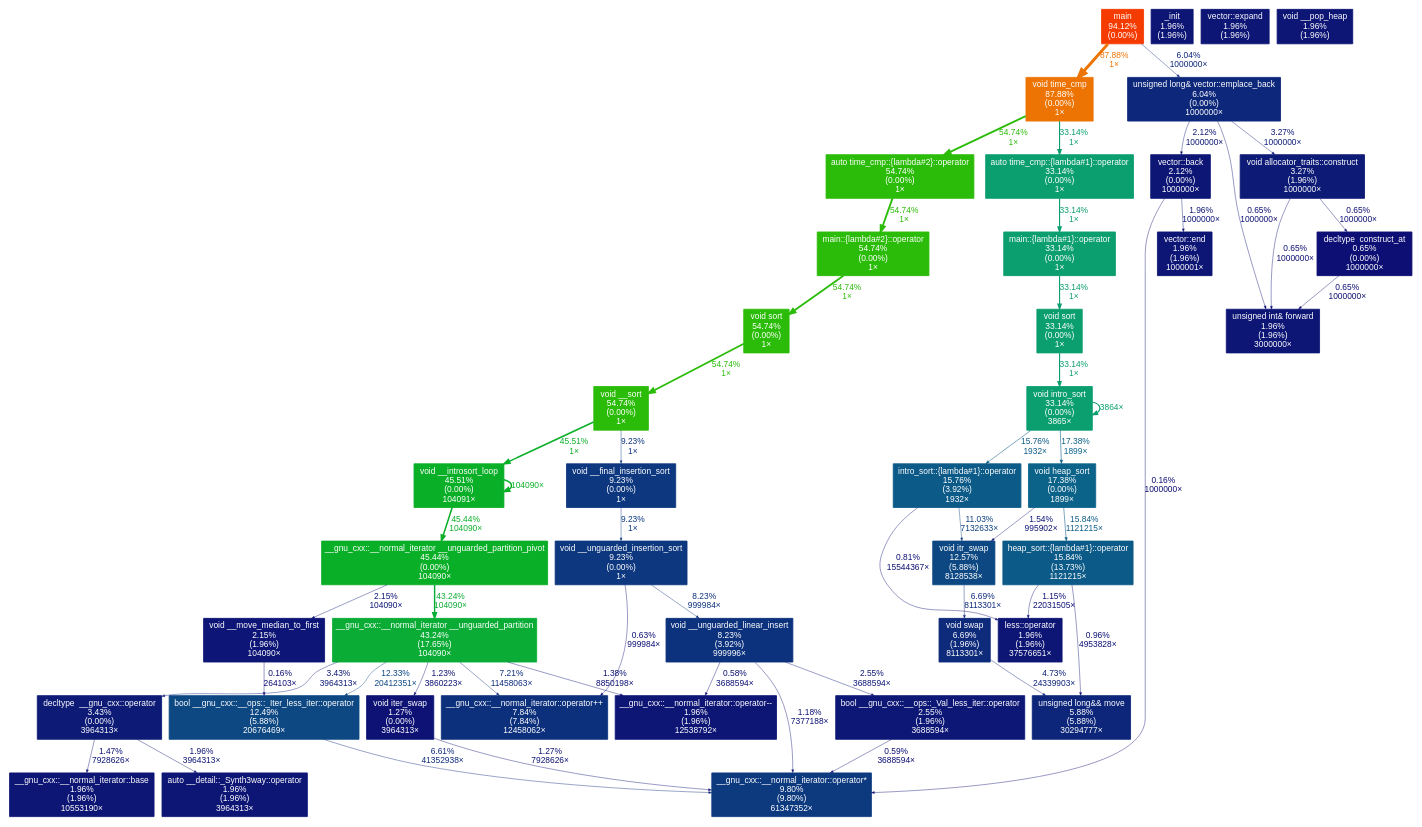
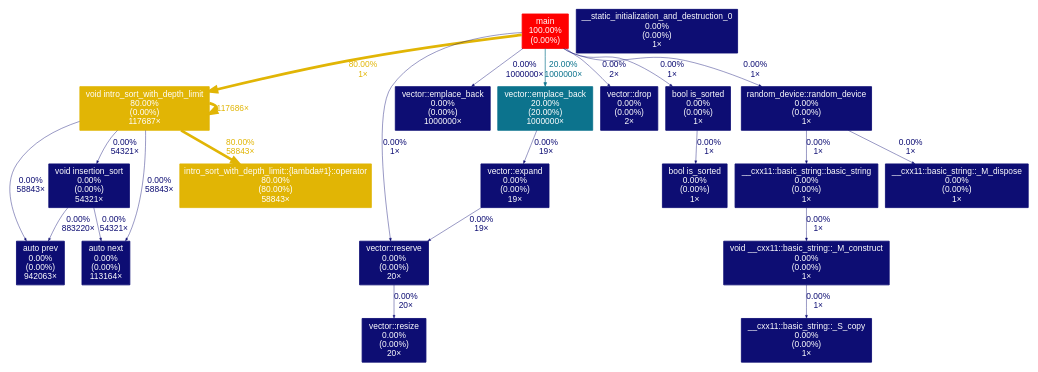
The diagram in result.dot (Eplankton/nut-struct), drawn with Graphviz before and after one commit. The commit also changed 8 other files, not shown here.

```diff
--- a/result.dot
+++ b/result.dot
@@ -2,98 +2,46 @@
 	graph [fontname=Arial, nodesep=0.125, ranksep=0.25];
 	node [fontcolor=white, fontname=Arial, height=0, shape=box, style=filled, width=0];
 	edge [fontname=Arial];
-	1 [color="#f63b01", fontcolor="#ffffff", fontsize="10.00", label="main\n94.12%\n(0.00%)"];
-	1 -> 2 [arrowsize="0.94", color="#ed7403", fontcolor="#ed7403", fontsize="10.00", label="87.88%\n1×", labeldistance="3.52", penwidth="3.52"];
-	1 -> 24 [arrowsize="0.35", color="#0d277b", fontcolor="#0d277b", fontsize="10.00", label="6.04%\n1000000×", labeldistance="0.50", penwidth="0.50"];
-	2 [color="#ed7403", fontcolor="#ffffff", fontsize="10.00", label="void time_cmp\n87.88%\n(0.00%)\n1×"];
-	2 -> 4 [arrowsize="0.74", color="#2bbc09", fontcolor="#2bbc09", fontsize="10.00", label="54.74%\n1×", labeldistance="2.19", penwidth="2.19"];
-	2 -> 13 [arrowsize="0.58", color="#0b9e6f", fontcolor="#0b9e6f", fontsize="10.00", label="33.14%\n1×", labeldistance="1.33", penwidth="1.33"];
-	3 [color="#2bbc09", fontcolor="#ffffff", fontsize="10.00", label="main::{lambda#2}::operator\n54.74%\n(0.00%)\n1×"];
-	3 -> 5 [arrowsize="0.74", color="#2bbc09", fontcolor="#2bbc09", fontsize="10.00", label="54.74%\n1×", labeldistance="2.19", penwidth="2.19"];
-	4 [color="#2bbc09", fontcolor="#ffffff", fontsize="10.00", label="auto time_cmp::{lambda#2}::operator\n54.74%\n(0.00%)\n1×"];
-	4 -> 3 [arrowsize="0.74", color="#2bbc09", fontcolor="#2bbc09", fontsize="10.00", label="54.74%\n1×", labeldistance="2.19", penwidth="2.19"];
-	5 [color="#2bbc09", fontcolor="#ffffff", fontsize="10.00", label="void sort\n54.74%\n(0.00%)\n1×"];
-	5 -> 6 [arrowsize="0.74", color="#2bbc09", fontcolor="#2bbc09", fontsize="10.00", label="54.74%\n1×", labeldistance="2.19", penwidth="2.19"];
-	6 [color="#2bbc09", fontcolor="#ffffff", fontsize="10.00", label="void __sort\n54.74%\n(0.00%)\n1×"];
-	6 -> 7 [arrowsize="0.67", color="#0aaf28", fontcolor="#0aaf28", fontsize="10.00", label="45.51%\n1×", labeldistance="1.82", penwidth="1.82"];
-	6 -> 20 [arrowsize="0.35", color="#0d377f", fontcolor="#0d377f", fontsize="10.00", label="9.23%\n1×", labeldistance="0.50", penwidth="0.50"];
-	7 [color="#0aaf28", fontcolor="#ffffff", fontsize="10.00", label="void __introsort_loop\n45.51%\n(0.00%)\n104091×"];
-	7 -> 7 [arrowsize="0.67", color="#0aaf28", fontcolor="#0aaf28", fontsize="10.00", label="104090×", labeldistance="1.82", penwidth="1.82"];
-	7 -> 8 [arrowsize="0.67", color="#0aaf28", fontcolor="#0aaf28", fontsize="10.00", label="45.44%\n104090×", labeldistance="1.82", penwidth="1.82"];
-	8 [color="#0aaf28", fontcolor="#ffffff", fontsize="10.00", label="__gnu_cxx::__normal_iterator __unguarded_partition_pivot\n45.44%\n(0.00%)\n104090×"];
-	8 -> 9 [arrowsize="0.66", color="#0aac36", fontcolor="#0aac36", fontsize="10.00", label="43.24%\n104090×", labeldistance="1.73", penwidth="1.73"];
-	8 -> 32 [arrowsize="0.35", color="#0d1676", fontcolor="#0d1676", fontsize="10.00", label="2.15%\n104090×", labeldistance="0.50", penwidth="0.50"];
-	9 [color="#0aac36", fontcolor="#ffffff", fontsize="10.00", label="__gnu_cxx::__normal_iterator __unguarded_partition\n43.24%\n(17.65%)\n104090×"];
-	9 -> 17 [arrowsize="0.35", color="#0d4783", fontcolor="#0d4783", fontsize="10.00", label="12.33%\n20412351×", labeldistance="0.50", penwidth="0.50"];
-	9 -> 23 [arrowsize="0.35", color="#0d2d7c", fontcolor="#0d2d7c", fontsize="10.00", label="7.21%\n11458063×", labeldistance="0.50", penwidth="0.50"];
-	9 -> 27 [arrowsize="0.35", color="#0d1b77", fontcolor="#0d1b77", fontsize="10.00", label="3.43%\n3964313×", labeldistance="0.50", penwidth="0.50"];
-	9 -> 30 [arrowsize="0.35", color="#0d1275", fontcolor="#0d1275", fontsize="10.00", label="1.38%\n8850198×", labeldistance="0.50", penwidth="0.50"];
-	9 -> 39 [arrowsize="0.35", color="#0d1274", fontcolor="#0d1274", fontsize="10.00", label="1.23%\n3860223×", labeldistance="0.50", penwidth="0.50"];
-	10 [color="#0b9e6f", fontcolor="#ffffff", fontsize="10.00", label="void intro_sort\n33.14%\n(0.00%)\n3865×"];
-	10 -> 10 [arrowsize="0.58", color="#0b9e6f", fontcolor="#0b9e6f", fontsize="10.00", label="3864×", labeldistance="1.33", penwidth="1.33"];
-	10 -> 14 [arrowsize="0.42", color="#0c6389", fontcolor="#0c6389", fontsize="10.00", label="17.38%\n1899×", labeldistance="0.70", penwidth="0.70"];
-	10 -> 16 [arrowsize="0.40", color="#0c5a87", fontcolor="#0c5a87", fontsize="10.00", label="15.76%\n1932×", labeldistance="0.63", penwidth="0.63"];
-	11 [color="#0b9e6f", fontcolor="#ffffff", fontsize="10.00", label="void sort\n33.14%\n(0.00%)\n1×"];
-	11 -> 10 [arrowsize="0.58", color="#0b9e6f", fontcolor="#0b9e6f", fontsize="10.00", label="33.14%\n1×", labeldistance="1.33", penwidth="1.33"];
-	12 [color="#0b9e6f", fontcolor="#ffffff", fontsize="10.00", label="main::{lambda#1}::operator\n33.14%\n(0.00%)\n1×"];
-	12 -> 11 [arrowsize="0.58", color="#0b9e6f", fontcolor="#0b9e6f", fontsize="10.00", label="33.14%\n1×", labeldistance="1.33", penwidth="1.33"];
-	13 [color="#0b9e6f", fontcolor="#ffffff", fontsize="10.00", label="auto time_cmp::{lambda#1}::operator\n33.14%\n(0.00%)\n1×"];
-	13 -> 12 [arrowsize="0.58", color="#0b9e6f", fontcolor="#0b9e6f", fontsize="10.00", label="33.14%\n1×", labeldistance="1.33", penwidth="1.33"];
-	14 [color="#0c6389", fontcolor="#ffffff", fontsize="10.00", label="void heap_sort\n17.38%\n(0.00%)\n1899×"];
-	14 -> 15 [arrowsize="0.40", color="#0c5a87", fontcolor="#0c5a87", fontsize="10.00", label="15.84%\n1121215×", labeldistance="0.63", penwidth="0.63"];
-	14 -> 18 [arrowsize="0.35", color="#0d1375", fontcolor="#0d1375", fontsize="10.00", label="1.54%\n995902×", labeldistance="0.50", penwidth="0.50"];
-	15 [color="#0c5a87", fontcolor="#ffffff", fontsize="10.00", label="heap_sort::{lambda#1}::operator\n15.84%\n(13.73%)\n1121215×"];
-	15 -> 26 [arrowsize="0.35", color="#0d1174", fontcolor="#0d1174", fontsize="10.00", label="0.96%\n4953828×", labeldistance="0.50", penwidth="0.50"];
-	15 -> 29 [arrowsize="0.35", color="#0d1274", fontcolor="#0d1274", fontsize="10.00", label="1.15%\n22031505×", labeldistance="0.50", penwidth="0.50"];
-	16 [color="#0c5a87", fontcolor="#ffffff", fontsize="10.00", label="intro_sort::{lambda#1}::operator\n15.76%\n(3.92%)\n1932×"];
-	16 -> 18 [arrowsize="0.35", color="#0d4081", fontcolor="#0d4081", fontsize="10.00", label="11.03%\n7132633×", labeldistance="0.50", penwidth="0.50"];
-	16 -> 29 [arrowsize="0.35", color="#0d1074", fontcolor="#0d1074", fontsize="10.00", label="0.81%\n15544367×", labeldistance="0.50", penwidth="0.50"];
-	17 [color="#0d4883", fontcolor="#ffffff", fontsize="10.00", label="bool __gnu_cxx::__ops::_Iter_less_iter::operator\n12.49%\n(5.88%)\n20676469×"];
-	17 -> 19 [arrowsize="0.35", color="#0d2a7b", fontcolor="#0d2a7b", fontsize="10.00", label="6.61%\n41352938×", labeldistance="0.50", penwidth="0.50"];
-	18 [color="#0d4883", fontcolor="#ffffff", fontsize="10.00", label="void itr_swap\n12.57%\n(5.88%)\n8128538×"];
-	18 -> 25 [arrowsize="0.35", color="#0d2a7b", fontcolor="#0d2a7b", fontsize="10.00", label="6.69%\n8113301×", labeldistance="0.50", penwidth="0.50"];
-	19 [color="#0d3a7f", fontcolor="#ffffff", fontsize="10.00", label="__gnu_cxx::__normal_iterator::operator*\n9.80%\n(9.80%)\n61347352×"];
-	20 [color="#0d377f", fontcolor="#ffffff", fontsize="10.00", label="void __final_insertion_sort\n9.23%\n(0.00%)\n1×"];
-	20 -> 21 [arrowsize="0.35", color="#0d377f", fontcolor="#0d377f", fontsize="10.00", label="9.23%\n1×", labeldistance="0.50", penwidth="0.50"];
-	21 [color="#0d377f", fontcolor="#ffffff", fontsize="10.00", label="void __unguarded_insertion_sort\n9.23%\n(0.00%)\n1×"];
-	21 -> 22 [arrowsize="0.35", color="#0d327d", fontcolor="#0d327d", fontsize="10.00", label="8.23%\n999984×", labeldistance="0.50", penwidth="0.50"];
-	21 -> 23 [arrowsize="0.35", color="#0d0f74", fontcolor="#0d0f74", fontsize="10.00", label="0.63%\n999984×", labeldistance="0.50", penwidth="0.50"];
-	22 [color="#0d327d", fontcolor="#ffffff", fontsize="10.00", label="void __unguarded_linear_insert\n8.23%\n(3.92%)\n999996×"];
-	22 -> 19 [arrowsize="0.35", color="#0d1274", fontcolor="#0d1274", fontsize="10.00", label="1.18%\n7377188×", labeldistance="0.50", penwidth="0.50"];
-	22 -> 30 [arrowsize="0.35", color="#0d0f73", fontcolor="#0d0f73", fontsize="10.00", label="0.58%\n3688594×", labeldistance="0.50", penwidth="0.50"];
-	22 -> 31 [arrowsize="0.35", color="#0d1776", fontcolor="#0d1776", fontsize="10.00", label="2.55%\n3688594×", labeldistance="0.50", penwidth="0.50"];
-	23 [color="#0d307d", fontcolor="#ffffff", fontsize="10.00", label="__gnu_cxx::__normal_iterator::operator++\n7.84%\n(7.84%)\n12458062×"];
-	24 [color="#0d277b", fontcolor="#ffffff", fontsize="10.00", label="unsigned long& vector::emplace_back\n6.04%\n(0.00%)\n1000000×"];
-	24 -> 28 [arrowsize="0.35", color="#0d1b77", fontcolor="#0d1b77", fontsize="10.00", label="3.27%\n1000000×", labeldistance="0.50", penwidth="0.50"];
-	24 -> 33 [arrowsize="0.35", color="#0d1675", fontcolor="#0d1675", fontsize="10.00", label="2.12%\n1000000×", labeldistance="0.50", penwidth="0.50"];
-	24 -> 36 [arrowsize="0.35", color="#0d0f74", fontcolor="#0d0f74", fontsize="10.00", label="0.65%\n1000000×", labeldistance="0.50", penwidth="0.50"];
-	25 [color="#0d2a7b", fontcolor="#ffffff", fontsize="10.00", label="void swap\n6.69%\n(1.96%)\n8113301×"];
-	25 -> 26 [arrowsize="0.35", color="#0d2179", fontcolor="#0d2179", fontsize="10.00", label="4.73%\n24339903×", labeldistance="0.50", penwidth="0.50"];
-	26 [color="#0d267a", fontcolor="#ffffff", fontsize="10.00", label="unsigned long&& move\n5.88%\n(5.88%)\n30294777×"];
-	27 [color="#0d1b77", fontcolor="#ffffff", fontsize="10.00", label="decltype  __gnu_cxx::operator\n3.43%\n(0.00%)\n3964313×"];
-	27 -> 34 [arrowsize="0.35", color="#0d1375", fontcolor="#0d1375", fontsize="10.00", label="1.47%\n7928626×", labeldistance="0.50", penwidth="0.50"];
-	27 -> 35 [arrowsize="0.35", color="#0d1575", fontcolor="#0d1575", fontsize="10.00", label="1.96%\n3964313×", labeldistance="0.50", penwidth="0.50"];
-	28 [color="#0d1b77", fontcolor="#ffffff", fontsize="10.00", label="void allocator_traits::construct\n3.27%\n(1.96%)\n1000000×"];
-	28 -> 36 [arrowsize="0.35", color="#0d0f74", fontcolor="#0d0f74", fontsize="10.00", label="0.65%\n1000000×", labeldistance="0.50", penwidth="0.50"];
-	28 -> 42 [arrowsize="0.35", color="#0d0f74", fontcolor="#0d0f74", fontsize="10.00", label="0.65%\n1000000×", labeldistance="0.50", penwidth="0.50"];
-	29 [color="#0d1575", fontcolor="#ffffff", fontsize="10.00", label="less::operator\n1.96%\n(1.96%)\n37576651×"];
-	30 [color="#0d1575", fontcolor="#ffffff", fontsize="10.00", label="__gnu_cxx::__normal_iterator::operator--\n1.96%\n(1.96%)\n12538792×"];
-	31 [color="#0d1776", fontcolor="#ffffff", fontsize="10.00", label="bool __gnu_cxx::__ops::_Val_less_iter::operator\n2.55%\n(1.96%)\n3688594×"];
-	31 -> 19 [arrowsize="0.35", color="#0d0f74", fontcolor="#0d0f74", fontsize="10.00", label="0.59%\n3688594×", labeldistance="0.50", penwidth="0.50"];
-	32 [color="#0d1676", fontcolor="#ffffff", fontsize="10.00", label="void __move_median_to_first\n2.15%\n(1.96%)\n104090×"];
-	32 -> 17 [arrowsize="0.35", color="#0d0d73", fontcolor="#0d0d73", fontsize="10.00", label="0.16%\n264103×", labeldistance="0.50", penwidth="0.50"];
-	33 [color="#0d1675", fontcolor="#ffffff", fontsize="10.00", label="vector::back\n2.12%\n(0.00%)\n1000000×"];
-	33 -> 19 [arrowsize="0.35", color="#0d0d73", fontcolor="#0d0d73", fontsize="10.00", label="0.16%\n1000000×", labeldistance="0.50", penwidth="0.50"];
-	33 -> 37 [arrowsize="0.35", color="#0d1575", fontcolor="#0d1575", fontsize="10.00", label="1.96%\n1000000×", labeldistance="0.50", penwidth="0.50"];
-	34 [color="#0d1575", fontcolor="#ffffff", fontsize="10.00", label="__gnu_cxx::__normal_iterator::base\n1.96%\n(1.96%)\n10553190×"];
-	35 [color="#0d1575", fontcolor="#ffffff", fontsize="10.00", label="auto __detail::_Synth3way::operator\n1.96%\n(1.96%)\n3964313×"];
-	36 [color="#0d1575", fontcolor="#ffffff", fontsize="10.00", label="unsigned int& forward\n1.96%\n(1.96%)\n3000000×"];
-	37 [color="#0d1575", fontcolor="#ffffff", fontsize="10.00", label="vector::end\n1.96%\n(1.96%)\n1000001×"];
-	38 [color="#0d1575", fontcolor="#ffffff", fontsize="10.00", label="_init\n1.96%\n(1.96%)"];
-	39 [color="#0d1274", fontcolor="#ffffff", fontsize="10.00", label="void iter_swap\n1.27%\n(0.00%)\n3964313×"];
-	39 -> 19 [arrowsize="0.35", color="#0d1274", fontcolor="#0d1274", fontsize="10.00", label="1.27%\n7928626×", labeldistance="0.50", penwidth="0.50"];
-	40 [color="#0d1575", fontcolor="#ffffff", fontsize="10.00", label="vector::expand\n1.96%\n(1.96%)"];
-	41 [color="#0d1575", fontcolor="#ffffff", fontsize="10.00", label="void __pop_heap\n1.96%\n(1.96%)"];
-	42 [color="#0d0f74", fontcolor="#ffffff", fontsize="10.00", label="decltype  construct_at\n0.65%\n(0.00%)\n1000000×"];
-	42 -> 36 [arrowsize="0.35", color="#0d0f74", fontcolor="#0d0f74", fontsize="10.00", label="0.65%\n1000000×", labeldistance="0.50", penwidth="0.50"];
+	1 [color="#ff0000", fontcolor="#ffffff", fontsize="10.00", label="main\n100.00%\n(0.00%)"];
+	1 -> 3 [arrowsize="0.89", color="#e1b505", fontcolor="#e1b505", fontsize="10.00", label="80.00%\n1×", labeldistance="3.20", penwidth="3.20"];
+	1 -> 4 [arrowsize="0.45", color="#0c738d", fontcolor="#0c738d", fontsize="10.00", label="20.00%\n1000000×", labeldistance="0.80", penwidth="0.80"];
+	1 -> 11 [arrowsize="0.35", color="#0d0d73", fontcolor="#0d0d73", fontsize="10.00", label="0.00%\n1000000×", labeldistance="0.50", penwidth="0.50"];
+	1 -> 16 [arrowsize="0.35", color="#0d0d73", fontcolor="#0d0d73", fontsize="10.00", label="0.00%\n1×", labeldistance="0.50", penwidth="0.50"];
+	1 -> 18 [arrowsize="0.35", color="#0d0d73", fontcolor="#0d0d73", fontsize="10.00", label="0.00%\n2×", labeldistance="0.50", penwidth="0.50"];
+	1 -> 20 [arrowsize="0.35", color="#0d0d73", fontcolor="#0d0d73", fontsize="10.00", label="0.00%\n1×", labeldistance="0.50", penwidth="0.50"];
+	1 -> 22 [arrowsize="0.35", color="#0d0d73", fontcolor="#0d0d73", fontsize="10.00", label="0.00%\n1×", labeldistance="0.50", penwidth="0.50"];
+	2 [color="#e1b505", fontcolor="#ffffff", fontsize="10.00", label="intro_sort_with_depth_limit::{lambda#1}::operator\n80.00%\n(80.00%)\n58843×"];
+	3 [color="#e1b505", fontcolor="#ffffff", fontsize="10.00", label="void intro_sort_with_depth_limit\n80.00%\n(0.00%)\n117687×"];
+	3 -> 2 [arrowsize="0.89", color="#e1b505", fontcolor="#e1b505", fontsize="10.00", label="80.00%\n58843×", labeldistance="3.20", penwidth="3.20"];
+	3 -> 3 [arrowsize="0.89", color="#e1b505", fontcolor="#e1b505", fontsize="10.00", label="117686×", labeldistance="3.20", penwidth="3.20"];
+	3 -> 12 [arrowsize="0.35", color="#0d0d73", fontcolor="#0d0d73", fontsize="10.00", label="0.00%\n58843×", labeldistance="0.50", penwidth="0.50"];
+	3 -> 13 [arrowsize="0.35", color="#0d0d73", fontcolor="#0d0d73", fontsize="10.00", label="0.00%\n58843×", labeldistance="0.50", penwidth="0.50"];
+	3 -> 14 [arrowsize="0.35", color="#0d0d73", fontcolor="#0d0d73", fontsize="10.00", label="0.00%\n54321×", labeldistance="0.50", penwidth="0.50"];
+	4 [color="#0c738d", fontcolor="#ffffff", fontsize="10.00", label="vector::emplace_back\n20.00%\n(20.00%)\n1000000×"];
+	4 -> 17 [arrowsize="0.35", color="#0d0d73", fontcolor="#0d0d73", fontsize="10.00", label="0.00%\n19×", labeldistance="0.50", penwidth="0.50"];
+	11 [color="#0d0d73", fontcolor="#ffffff", fontsize="10.00", label="vector::emplace_back\n0.00%\n(0.00%)\n1000000×"];
+	12 [color="#0d0d73", fontcolor="#ffffff", fontsize="10.00", label="auto prev\n0.00%\n(0.00%)\n942063×"];
+	13 [color="#0d0d73", fontcolor="#ffffff", fontsize="10.00", label="auto next\n0.00%\n(0.00%)\n113164×"];
+	14 [color="#0d0d73", fontcolor="#ffffff", fontsize="10.00", label="void insertion_sort\n0.00%\n(0.00%)\n54321×"];
+	14 -> 12 [arrowsize="0.35", color="#0d0d73", fontcolor="#0d0d73", fontsize="10.00", label="0.00%\n883220×", labeldistance="0.50", penwidth="0.50"];
+	14 -> 13 [arrowsize="0.35", color="#0d0d73", fontcolor="#0d0d73", fontsize="10.00", label="0.00%\n54321×", labeldistance="0.50", penwidth="0.50"];
+	15 [color="#0d0d73", fontcolor="#ffffff", fontsize="10.00", label="vector::resize\n0.00%\n(0.00%)\n20×"];
+	16 [color="#0d0d73", fontcolor="#ffffff", fontsize="10.00", label="vector::reserve\n0.00%\n(0.00%)\n20×"];
+	16 -> 15 [arrowsize="0.35", color="#0d0d73", fontcolor="#0d0d73", fontsize="10.00", label="0.00%\n20×", labeldistance="0.50", penwidth="0.50"];
+	17 [color="#0d0d73", fontcolor="#ffffff", fontsize="10.00", label="vector::expand\n0.00%\n(0.00%)\n19×"];
+	17 -> 16 [arrowsize="0.35", color="#0d0d73", fontcolor="#0d0d73", fontsize="10.00", label="0.00%\n19×", labeldistance="0.50", penwidth="0.50"];
+	18 [color="#0d0d73", fontcolor="#ffffff", fontsize="10.00", label="vector::drop\n0.00%\n(0.00%)\n2×"];
+	19 [color="#0d0d73", fontcolor="#ffffff", fontsize="10.00", label="__static_initialization_and_destruction_0\n0.00%\n(0.00%)\n1×"];
+	20 [color="#0d0d73", fontcolor="#ffffff", fontsize="10.00", label="bool is_sorted\n0.00%\n(0.00%)\n1×"];
+	20 -> 21 [arrowsize="0.35", color="#0d0d73", fontcolor="#0d0d73", fontsize="10.00", label="0.00%\n1×", labeldistance="0.50", penwidth="0.50"];
+	21 [color="#0d0d73", fontcolor="#ffffff", fontsize="10.00", label="bool is_sorted\n0.00%\n(0.00%)\n1×"];
+	22 [color="#0d0d73", fontcolor="#ffffff", fontsize="10.00", label="random_device::random_device\n0.00%\n(0.00%)\n1×"];
+	22 -> 23 [arrowsize="0.35", color="#0d0d73", fontcolor="#0d0d73", fontsize="10.00", label="0.00%\n1×", labeldistance="0.50", penwidth="0.50"];
+	22 -> 26 [arrowsize="0.35", color="#0d0d73", fontcolor="#0d0d73", fontsize="10.00", label="0.00%\n1×", labeldistance="0.50", penwidth="0.50"];
+	23 [color="#0d0d73", fontcolor="#ffffff", fontsize="10.00", label="__cxx11::basic_string::_M_dispose\n0.00%\n(0.00%)\n1×"];
+	24 [color="#0d0d73", fontcolor="#ffffff", fontsize="10.00", label="void __cxx11::basic_string::_M_construct\n0.00%\n(0.00%)\n1×"];
+	24 -> 25 [arrowsize="0.35", color="#0d0d73", fontcolor="#0d0d73", fontsize="10.00", label="0.00%\n1×", labeldistance="0.50", penwidth="0.50"];
+	25 [color="#0d0d73", fontcolor="#ffffff", fontsize="10.00", label="__cxx11::basic_string::_S_copy\n0.00%\n(0.00%)\n1×"];
+	26 [color="#0d0d73", fontcolor="#ffffff", fontsize="10.00", label="__cxx11::basic_string::basic_string\n0.00%\n(0.00%)\n1×"];
+	26 -> 24 [arrowsize="0.35", color="#0d0d73", fontcolor="#0d0d73", fontsize="10.00", label="0.00%\n1×", labeldistance="0.50", penwidth="0.50"];
 }
```
